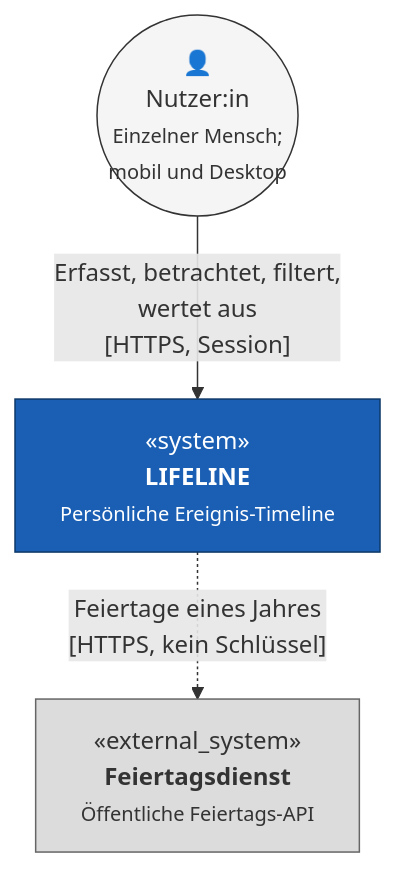
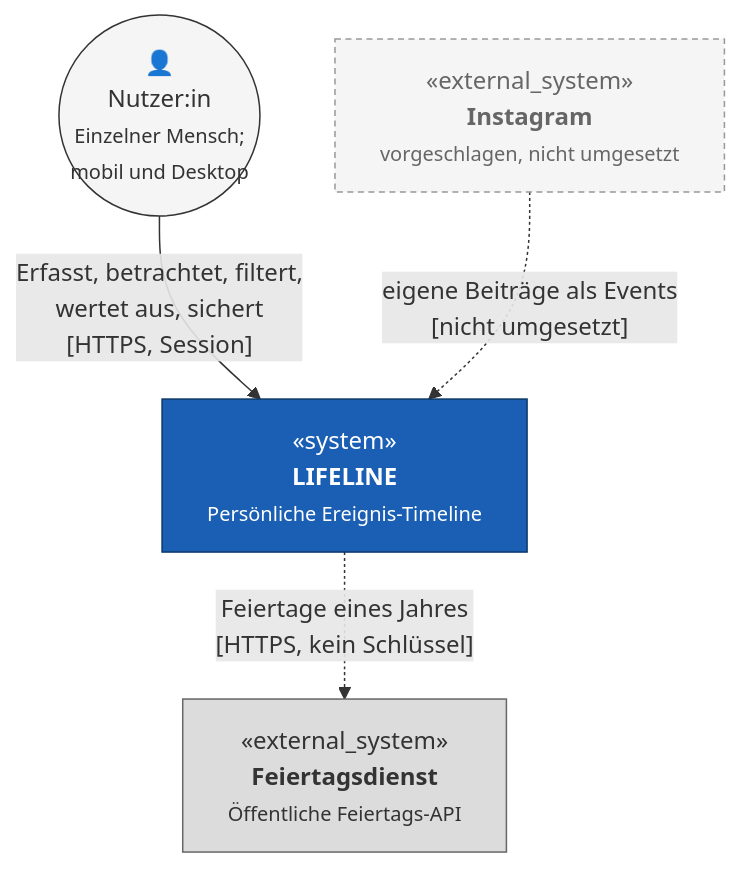
One commit to ksukh-ux/lifeline-project changed the diagram in docs/spec/S1-nachbarsysteme.md. Above: the diagram before and after it, drawn with Mermaid. The commit also changed other lines of this file, not shown here.

Commit message:
docs(spec): add implementation status to S1 and clarify Instagram is not implemented

````diff
--- a/docs/spec/S1-nachbarsysteme.md
+++ b/docs/spec/S1-nachbarsysteme.md
@@ -3,13 +15,16 @@
 ```mermaid
 flowchart TD
     P(("👤<br/>Nutzer:in<br/><small>Einzelner Mensch;<br/>mobil und Desktop</small>"))
     L["«system»<br/><b>LIFELINE</b><br/><small>Persönliche Ereignis-Timeline</small>"]
     H["«external_system»<br/><b>Feiertagsdienst</b><br/><small>Öffentliche Feiertags-API</small>"]
+    I["«external_system»<br/><b>Instagram</b><br/><small>vorgeschlagen, nicht umgesetzt</small>"]
 
-    P -->|"Erfasst, betrachtet, filtert,<br/>wertet aus<br/>[HTTPS, Session]"| L
+    P -->|"Erfasst, betrachtet, filtert,<br/>wertet aus, sichert<br/>[HTTPS, Session]"| L
     L -.->|"Feiertage eines Jahres<br/>[HTTPS, kein Schlüssel]"| H
+    I -.->|"eigene Beiträge als Events<br/>[nicht umgesetzt]"| L
 
     style P fill:#f5f5f5,stroke:#333
     style L fill:#1a5fb4,stroke:#0d3868,color:#fff
     style H fill:#dcdcdc,stroke:#666
+    style I fill:#f5f5f5,stroke:#999,stroke-dasharray: 4 3,color:#666
 ```
````
